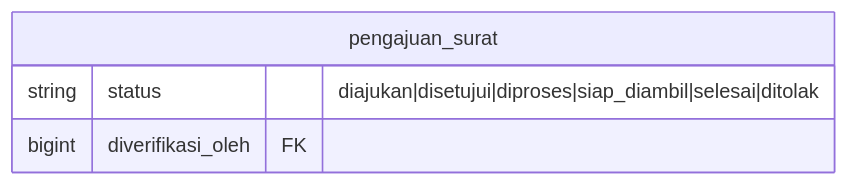
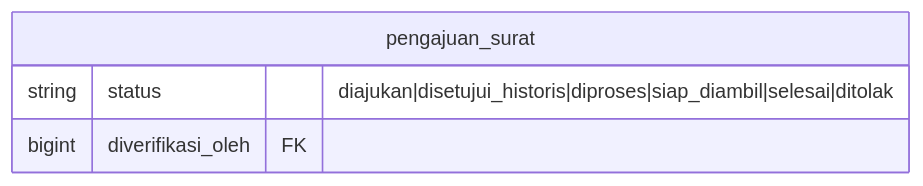
Before and after one commit to ZulfikarHD/sistem-desa: the third of 3 diagrams in docs/dev-docs/features/migrasi-alur-status.md, drawn with Mermaid. The commit also changed other lines of this file and 29 other files, not shown here.

````diff
--- a/docs/dev-docs/features/migrasi-alur-status.md
+++ b/docs/dev-docs/features/migrasi-alur-status.md
@@ -40,7 +40,7 @@
 ```mermaid
 erDiagram
     pengajuan_surat {
-        string status "diajukan|disetujui|diproses|siap_diambil|selesai|ditolak"
+        string status "diajukan|disetujui_historis|diproses|siap_diambil|selesai|ditolak"
         bigint diverifikasi_oleh FK
     }
 ```
````
